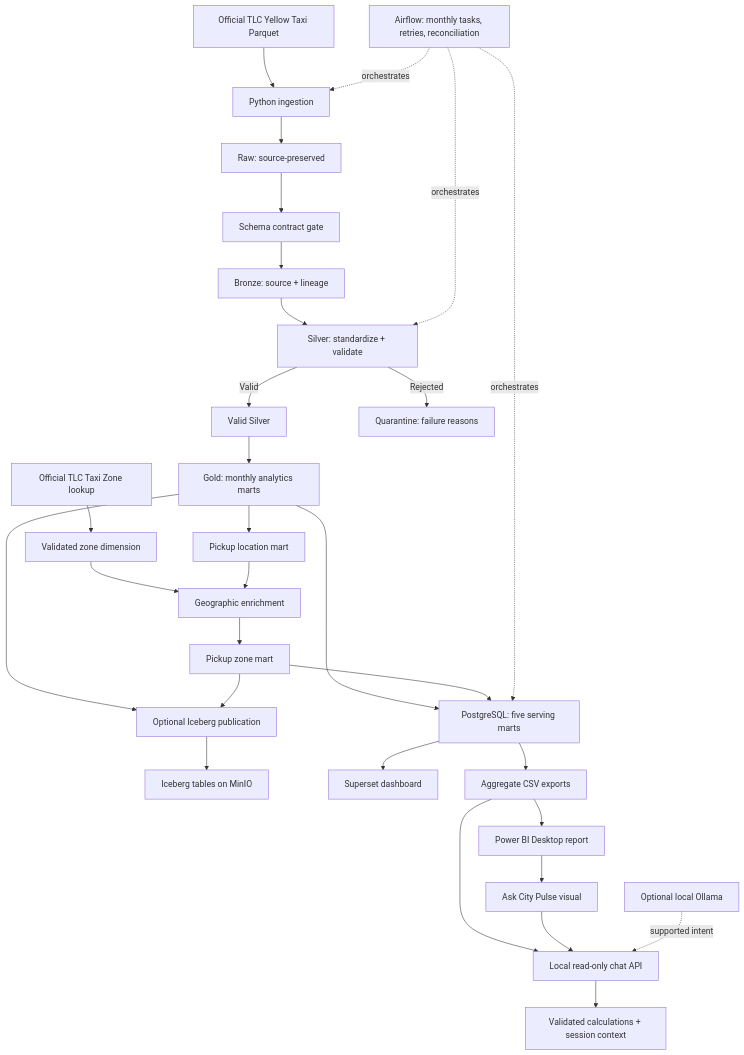
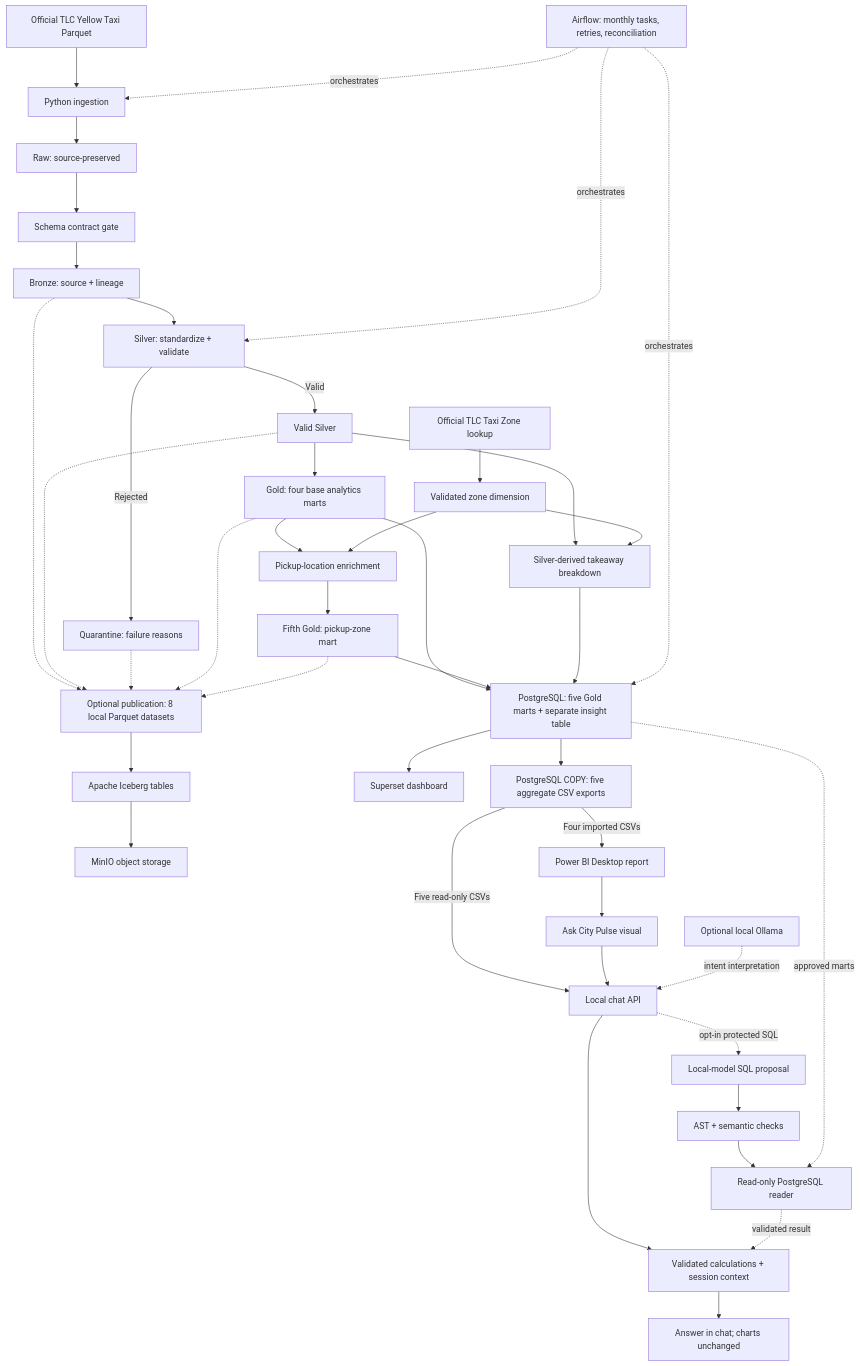
The diagram in README.md (harshitha-108/nyc-taxi-lakehouse), drawn with Mermaid before and after one commit. The commit also changed other lines of this file and 1 other file, not shown here.

Commit message:
Correct documented City Pulse architecture and serving paths

````diff
--- a/README.md
+++ b/README.md
@@ -18,23 +18,36 @@
 ```mermaid
 flowchart TB
     TLC["Official TLC Yellow Taxi Parquet"] --> ING["Python ingestion"] --> RAW["Raw: source-preserved"]
     RAW --> GATE["Schema contract gate"] --> BR["Bronze: source + lineage"] --> SI["Silver: standardize + validate"]
-    SI -->|Valid| V["Valid Silver"] --> GOLD["Gold: monthly analytics marts"]
+    SI -->|Valid| V["Valid Silver"] --> GOLD["Gold: four base analytics marts"]
     SI -->|Rejected| Q["Quarantine: failure reasons"]
     Z["Official TLC Taxi Zone lookup"] --> REF["Validated zone dimension"]
-    GOLD --> LOC["Pickup location mart"]
-    REF --> GEO["Geographic enrichment"]
-    LOC --> GEO --> ZONE["Pickup zone mart"]
-    GOLD --> PUB["Optional Iceberg publication"] --> MINIO["Iceberg tables on MinIO"]
-    ZONE --> PUB
-    GOLD --> SERVE["PostgreSQL: five serving marts"]
-    ZONE --> SERVE --> BI["Superset dashboard"]
-    SERVE --> CSV["Aggregate CSV exports"] --> PBI["Power BI Desktop report"]
-    CSV --> API["Local read-only chat API"]
+    GOLD --> GEO["Pickup-location enrichment"]
+    REF --> GEO --> ZONE["Fifth Gold: pickup-zone mart"]
+    V --> TAKE["Silver-derived takeaway breakdown"]
+    REF --> TAKE
+    BR -.-> OPT["Optional publication: 8 local Parquet datasets"]
+    V -.-> OPT
+    Q -.-> OPT
+    GOLD -.-> OPT
+    ZONE -.-> OPT
+    OPT --> ICE["Apache Iceberg tables"] --> MINIO["MinIO object storage"]
+    GOLD --> SERVE["PostgreSQL: five Gold marts + separate insight table"]
+    ZONE --> SERVE
+    TAKE --> SERVE
+    SERVE --> BI["Superset dashboard"]
+    SERVE --> CSV["PostgreSQL COPY: five aggregate CSV exports"]
+    CSV -->|Four imported CSVs| PBI["Power BI Desktop report"]
+    CSV -->|Five read-only CSVs| API["Local chat API"]
     PBI --> UI["Ask City Pulse visual"] --> API
     API --> CALC["Validated calculations + session context"]
-    MODEL["Optional local Ollama"] -. supported intent .-> API
+    CALC --> ANSWER["Answer in chat; charts unchanged"]
+    MODEL["Optional local Ollama"] -. intent interpretation .-> API
+    API -. opt-in protected SQL .-> PROPOSE["Local-model SQL proposal"]
+    PROPOSE --> GUARD["AST + semantic checks"] --> READER["Read-only PostgreSQL reader"]
+    SERVE -. approved marts .-> READER
+    READER -. validated result .-> CALC
     AIR["Airflow: monthly tasks, retries, reconciliation"] -. orchestrates .-> ING
     AIR -. orchestrates .-> SI
     AIR -. orchestrates .-> SERVE
 ```
````
